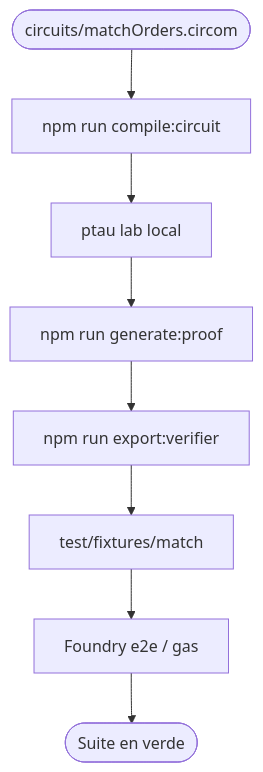
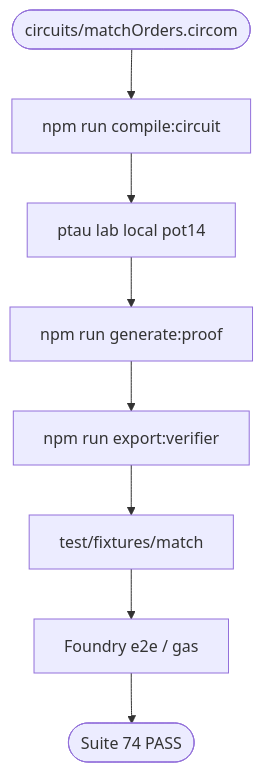
The fourth of 5 diagrams in doc/flujograma.md (rastrahm/zk-dark-pool), drawn with Mermaid before and after one commit. The commit also changed other lines of this file and 13 other files, not shown here.

````diff
--- a/doc/flujograma.md
+++ b/doc/flujograma.md
@@ -82,10 +88,10 @@
 ```mermaid
 flowchart TD
     Start([circuits/matchOrders.circom]) --> Comp[npm run compile:circuit]
-    Comp --> Ptau[ptau lab local]
+    Comp --> Ptau[ptau lab local pot14]
     Ptau --> Setup[npm run generate:proof]
     Setup --> VK[npm run export:verifier]
     VK --> Fix[test/fixtures/match]
     Fix --> Forge[Foundry e2e / gas]
-    Forge --> End([Suite en verde])
+    Forge --> End([Suite 74 PASS])
 ```
````
